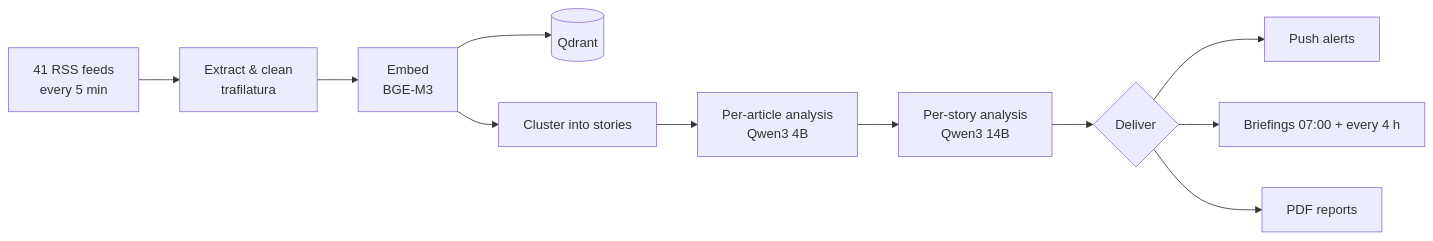
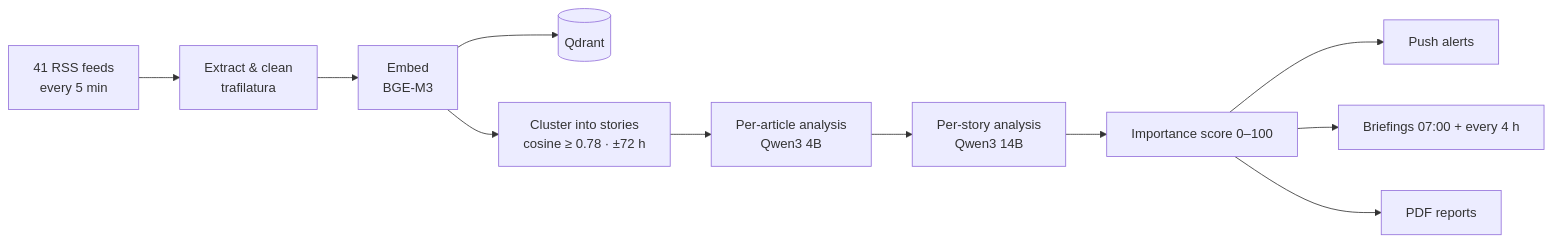
The second of 6 diagrams in README.md (North-Lab-RO/north-lab-ro.github.io), drawn with Mermaid before and after one commit. The commit also changed other lines of this file and 88 other files, not shown here.

````diff
--- a/README.md
+++ b/README.md
@@ -20,13 +179,13 @@
 ```mermaid
 flowchart LR
     A[41 RSS feeds<br/>every 5 min] --> B[Extract & clean<br/>trafilatura]
     B --> C[Embed<br/>BGE-M3]
     C --> Q[(Qdrant)]
-    C --> D[Cluster into stories]
+    C --> D[Cluster into stories<br/>cosine ≥ 0.78 · ±72 h]
     D --> E[Per-article analysis<br/>Qwen3 4B]
     E --> F[Per-story analysis<br/>Qwen3 14B]
-    F --> G{Deliver}
-    G --> H[Push alerts]
-    G --> I[Briefings 07:00 + every 4 h]
-    G --> J[PDF reports]
+    F --> S[Importance score 0–100]
+    S --> H[Push alerts]
+    S --> I[Briefings 07:00 + every 4 h]
+    S --> J[PDF reports]
 ```
````
